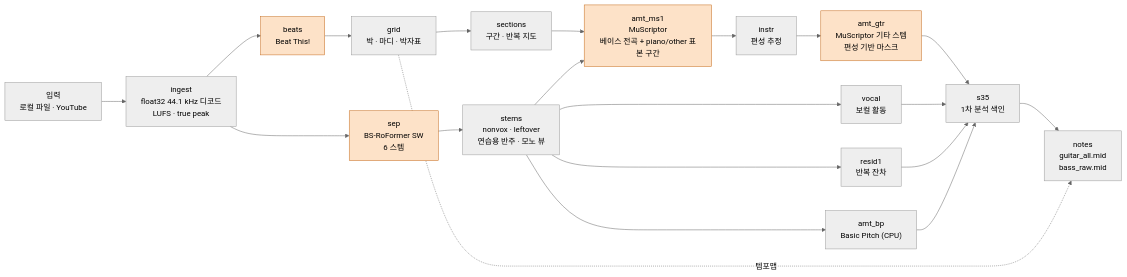
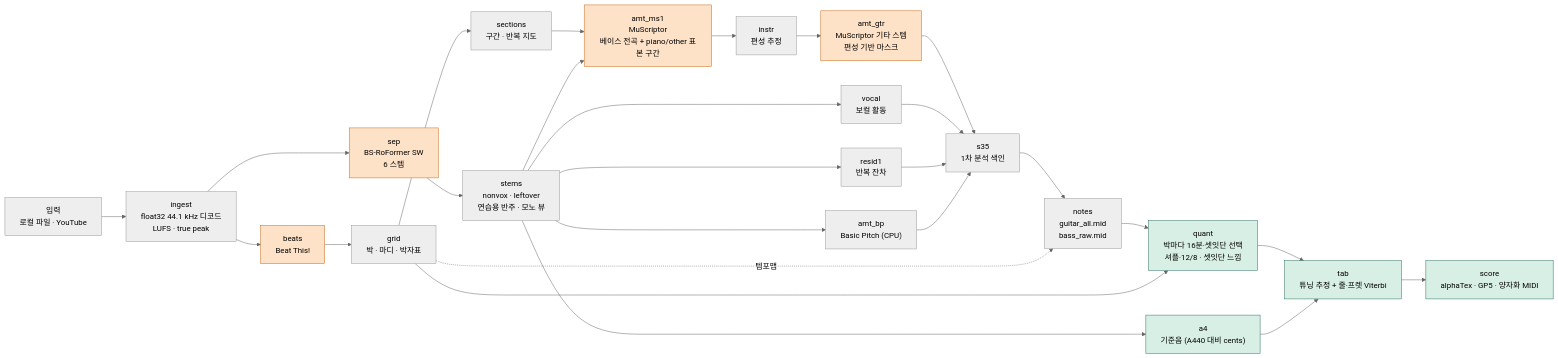
One commit to bhj2837/bandscribe changed the first of 2 diagrams in README.md. Above: the diagram before and after it, drawn with Mermaid (neutral theme). The commit also changed other lines of this file and 3 other files, not shown here.

````diff
--- a/README.md
+++ b/README.md
@@ -94,24 +102,32 @@
 ```mermaid
 flowchart LR
     src["입력<br/>로컬 파일 · YouTube"] --> ingest["ingest<br/>float32 44.1 kHz 디코드<br/>LUFS · true peak"]
     ingest --> beats["beats<br/>Beat This!"]
     beats --> grid["grid<br/>박 · 마디 · 박자표"]
     grid --> sections["sections<br/>구간 · 반복 지도"]
     ingest --> sep["sep<br/>BS-RoFormer SW<br/>6 스템"]
     sep --> stems["stems<br/>nonvox · leftover<br/>연습용 반주 · 모노 뷰"]
     stems --> vocal["vocal<br/>보컬 활동"]
     stems --> resid1["resid1<br/>반복 잔차"]
     sections --> ms1
     stems --> ms1["amt_ms1<br/>MuScriptor<br/>베이스 전곡 + piano/other 표본 구간"]
     stems --> bp["amt_bp<br/>Basic Pitch (CPU)"]
     ms1 --> instr["instr<br/>편성 추정"]
     instr --> gtr["amt_gtr<br/>MuScriptor 기타 스템<br/>편성 기반 마스크"]
     gtr --> s35["s35<br/>1차 분석 색인"]
     vocal --> s35
     resid1 --> s35
     bp --> s35
     s35 --> notes["notes<br/>guitar_all.mid<br/>bass_raw.mid"]
     grid -. 템포맵 .-> notes
+    stems --> a4["a4<br/>기준음 (A440 대비 cents)"]
+    notes --> quant["quant<br/>박마다 16분·셋잇단 선택<br/>셔플·12/8 · 셋잇단 느낌"]
+    grid --> quant
+    quant --> tab["tab<br/>튜닝 추정 + 줄·프렛 Viterbi"]
+    a4 --> tab
+    tab --> score["score<br/>alphaTex · GP5 · 양자화 MIDI"]
     classDef gpu fill:#fde2c8,stroke:#c46a1b,color:#000
+    classDef m3 fill:#d8efe5,stroke:#2f6f5e,color:#000
     class beats,sep,ms1,gtr gpu
+    class a4,quant,tab,score m3
 ```
````
